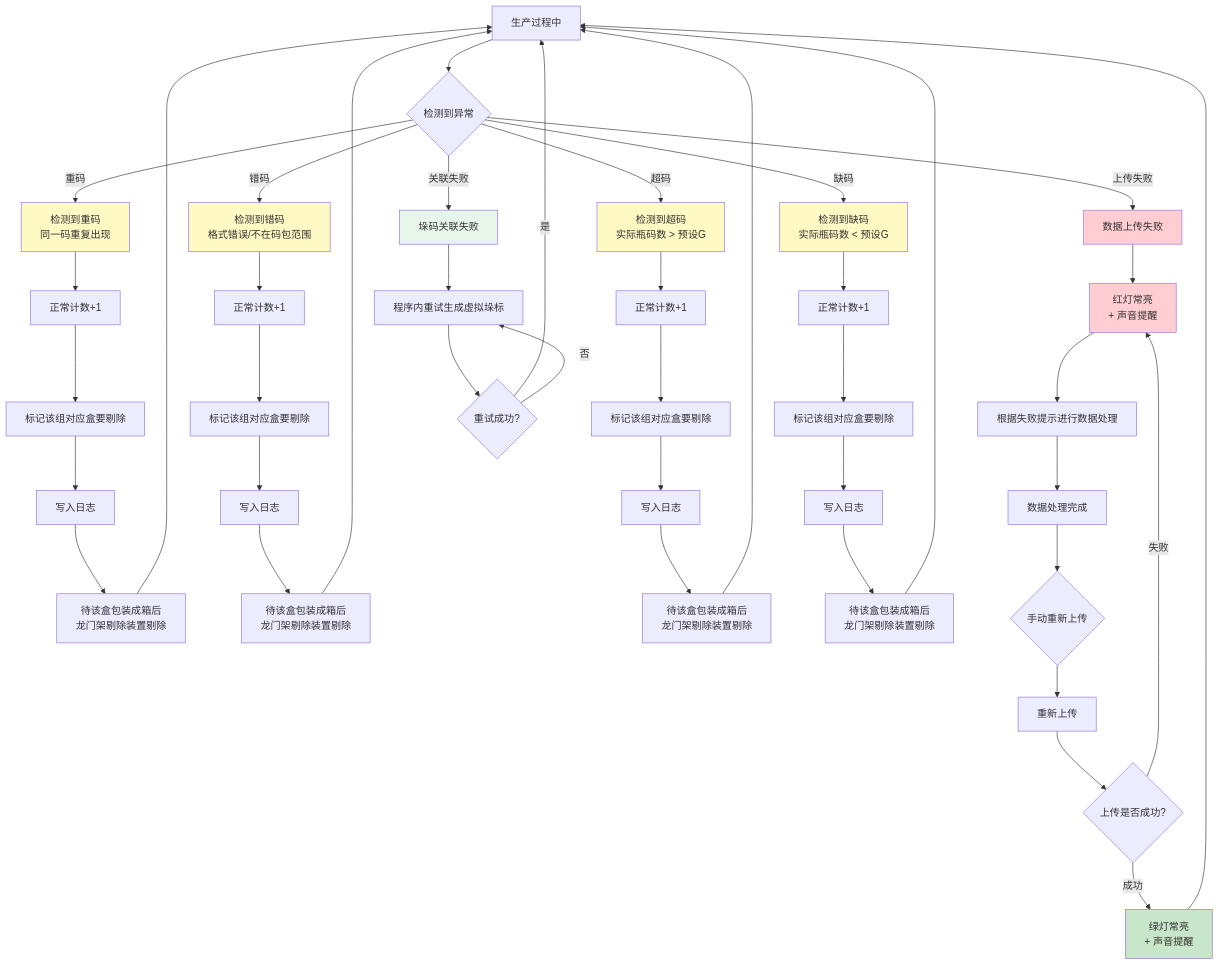
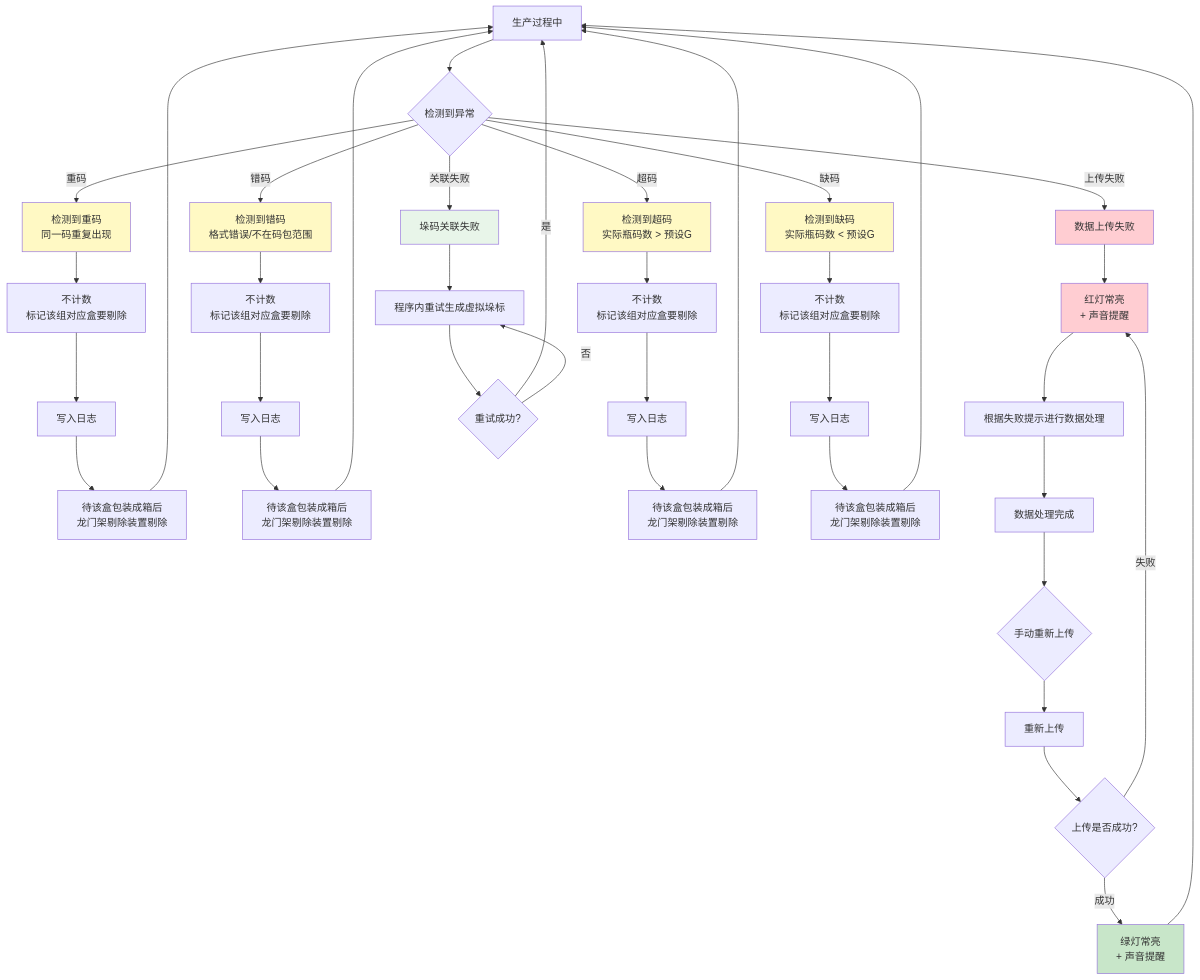
The third of 3 diagrams in .requirement/V1.2石湾产线采集关联/赋码采集关联系统重构T1.2（石湾）AI文档.md (chenshuhuai-miduo/ProductionTool-shiwan), drawn with Mermaid before and after one commit. The commit also changed other lines of this file and 39 other files, not shown here.

````diff
--- a/.requirement/V1.2石湾产线采集关联/赋码采集关联系统重构T1.2（石湾）AI文档.md
+++ b/.requirement/V1.2石湾产线采集关联/赋码采集关联系统重构T1.2（石湾）AI文档.md
@@ -506,60 +417,56 @@
 ```mermaid
 graph TD
     Start[生产过程中] --> DetectError{检测到异常}
     
     DetectError -->|重码| DuplicateCode[检测到重码<br/>同一码重复出现]
     DetectError -->|错码| WrongCode[检测到错码<br/>格式错误/不在码包范围]
     DetectError -->|超码| OverCode[检测到超码<br/>实际瓶码数 > 预设G]
     DetectError -->|缺码| UnderCode[检测到缺码<br/>实际瓶码数 < 预设G]
     DetectError -->|关联失败| AssociateFail[垛码关联失败]
     DetectError -->|上传失败| UploadFail[数据上传失败]
     
-    DuplicateCode --> Count1[正常计数+1]
-    Count1 --> MarkBox1[标记该组对应盒要剔除]
+    DuplicateCode --> MarkBox1[不计数<br/>标记该组对应盒要剔除]
     MarkBox1 --> Log1[写入日志]
     Log1 --> Log1End[待该盒包装成箱后<br/>龙门架剔除装置剔除]
     
-    WrongCode --> Count2[正常计数+1]
-    Count2 --> MarkBox2[标记该组对应盒要剔除]
+    WrongCode --> MarkBox2[不计数<br/>标记该组对应盒要剔除]
     MarkBox2 --> Log2[写入日志]
     Log2 --> Log2End[待该盒包装成箱后<br/>龙门架剔除装置剔除]
     
-    OverCode --> Count3[正常计数+1]
-    Count3 --> MarkBox3[标记该组对应盒要剔除]
+    OverCode --> MarkBox3[不计数<br/>标记该组对应盒要剔除]
     MarkBox3 --> Log3[写入日志]
     Log3 --> Log3End[待该盒包装成箱后<br/>龙门架剔除装置剔除]
     
-    UnderCode --> Count4[正常计数+1]
-    Count4 --> MarkBox4[标记该组对应盒要剔除]
+    UnderCode --> MarkBox4[不计数<br/>标记该组对应盒要剔除]
     MarkBox4 --> Log4[写入日志]
     Log4 --> Log4End[待该盒包装成箱后<br/>龙门架剔除装置剔除]
     
     AssociateFail --> RetryGen[程序内重试生成虚拟垛标]
     RetryGen --> RetryCheck{重试成功?}
     RetryCheck -->|是| Start
     RetryCheck -->|否| RetryGen
     
     UploadFail --> RedLight[红灯常亮<br/>+ 声音提醒]
     RedLight --> DataProcess[根据失败提示进行数据处理]
     DataProcess --> DataProcessEnd[数据处理完成]
     DataProcessEnd --> ManualRetry{手动重新上传}
     ManualRetry --> RetryUpload[重新上传]
     RetryUpload --> CheckRetry{上传是否成功?}
     CheckRetry -->|成功| GreenLight[绿灯常亮<br/>+ 声音提醒]
     CheckRetry -->|失败| RedLight
     
     Log1End --> Start
     Log2End --> Start
     Log3End --> Start
     Log4End --> Start
     GreenLight --> Start
     
     style DuplicateCode fill:#fff9c4
     style WrongCode fill:#fff9c4
     style OverCode fill:#fff9c4
     style UnderCode fill:#fff9c4
     style AssociateFail fill:#e8f5e9
     style UploadFail fill:#ffcdd2
     style RedLight fill:#ffcdd2
     style GreenLight fill:#c8e6c9
 ```
````
